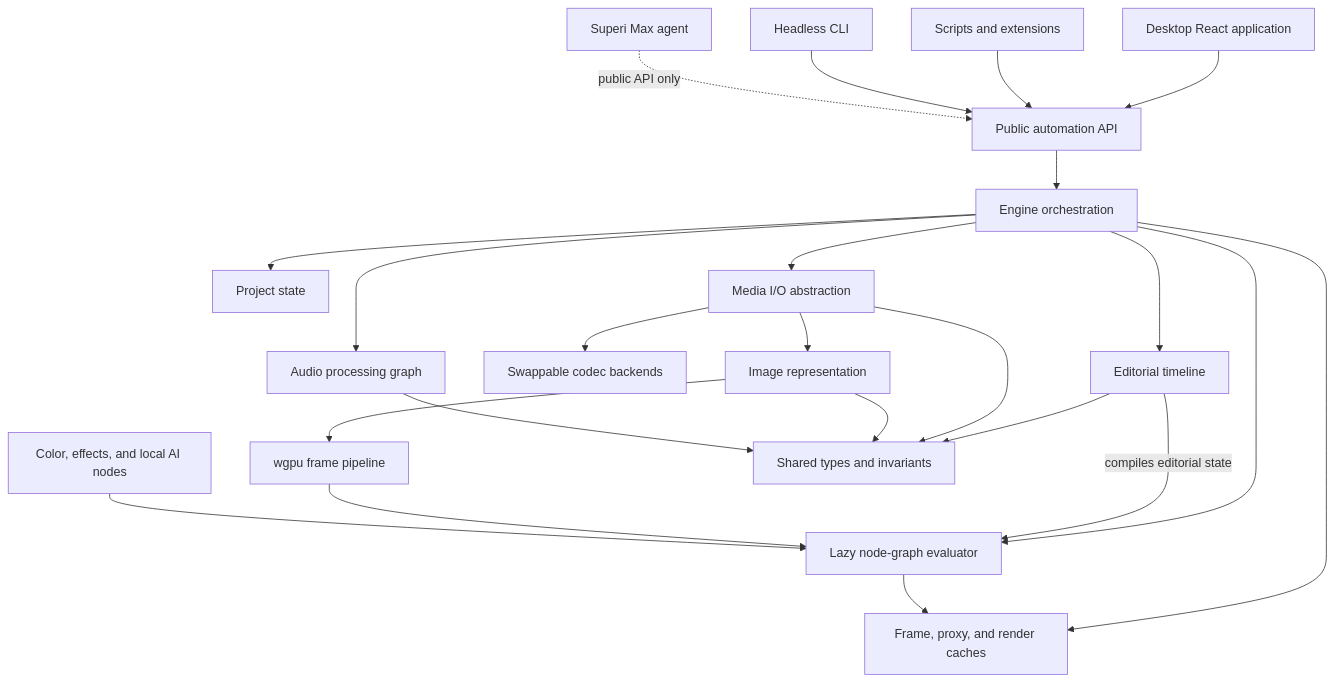
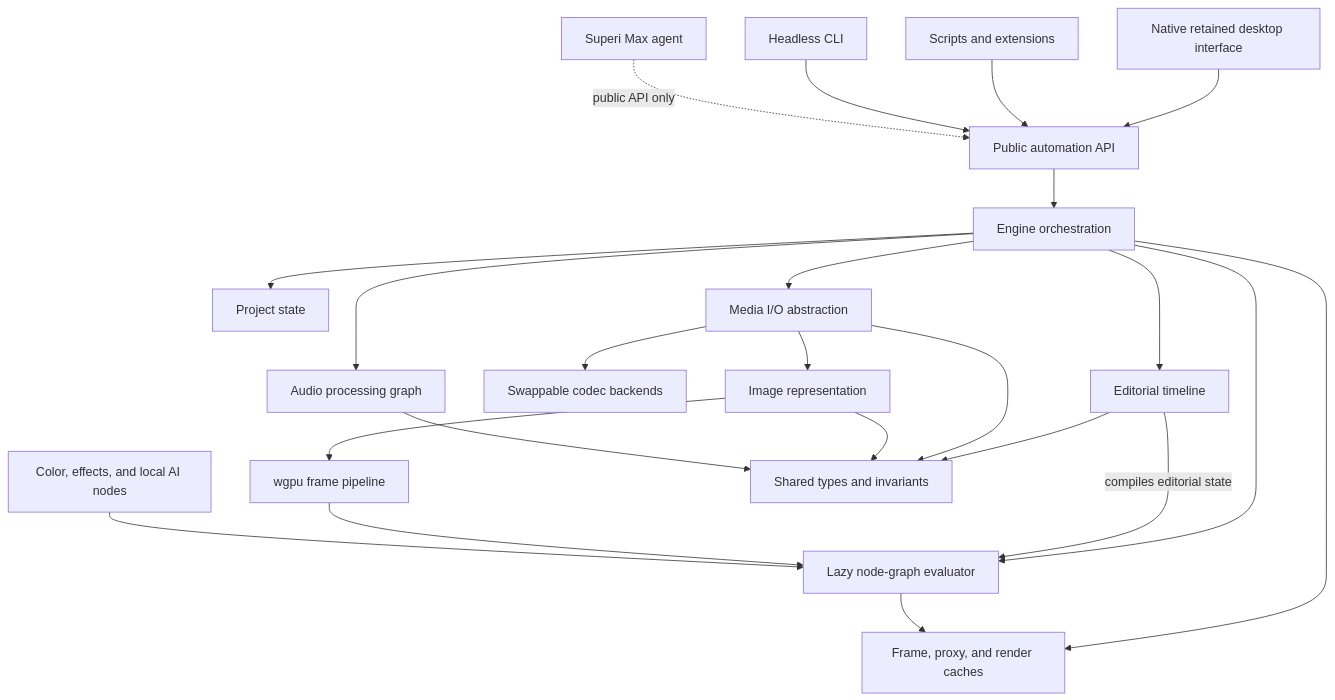
The diagram in README.md (thebriangao/Superi), drawn with Mermaid before and after one commit. The commit also changed other lines of this file and 302 other files, not shown here.

Commit message:
bootstrap phase infinity interface program and native scaffold

````diff
--- a/README.md
+++ b/README.md
@@ -189,47 +188,47 @@
 ```mermaid
 flowchart TB
-    UI["Desktop React application"]
+    UI["Native retained desktop interface"]
     Scripts["Scripts and extensions"]
     CLI["Headless CLI"]
     Max["Superi Max agent"]
 
     API["Public automation API"]
     Engine["Engine orchestration"]
     Timeline["Editorial timeline"]
     Project["Project state"]
     Media["Media I/O abstraction"]
     Codecs["Swappable codec backends"]
     Image["Image representation"]
     GPU["wgpu frame pipeline"]
     Graph["Lazy node-graph evaluator"]
     Catalogs["Color, effects, and local AI nodes"]
     Cache["Frame, proxy, and render caches"]
     Audio["Audio processing graph"]
     Core["Shared types and invariants"]
 
     UI --> API
     Scripts --> API
     CLI --> API
     Max -. "public API only" .-> API
     API --> Engine
 
     Engine --> Timeline
     Engine --> Project
     Engine --> Media
     Engine --> Graph
     Engine --> Cache
     Engine --> Audio
 
     Timeline -->|"compiles editorial state"| Graph
     Media --> Codecs
     Media --> Image
     Image --> GPU
     GPU --> Graph
     Catalogs --> Graph
     Graph --> Cache
 
     Timeline --> Core
     Media --> Core
     Image --> Core
     Audio --> Core
 ```
````
